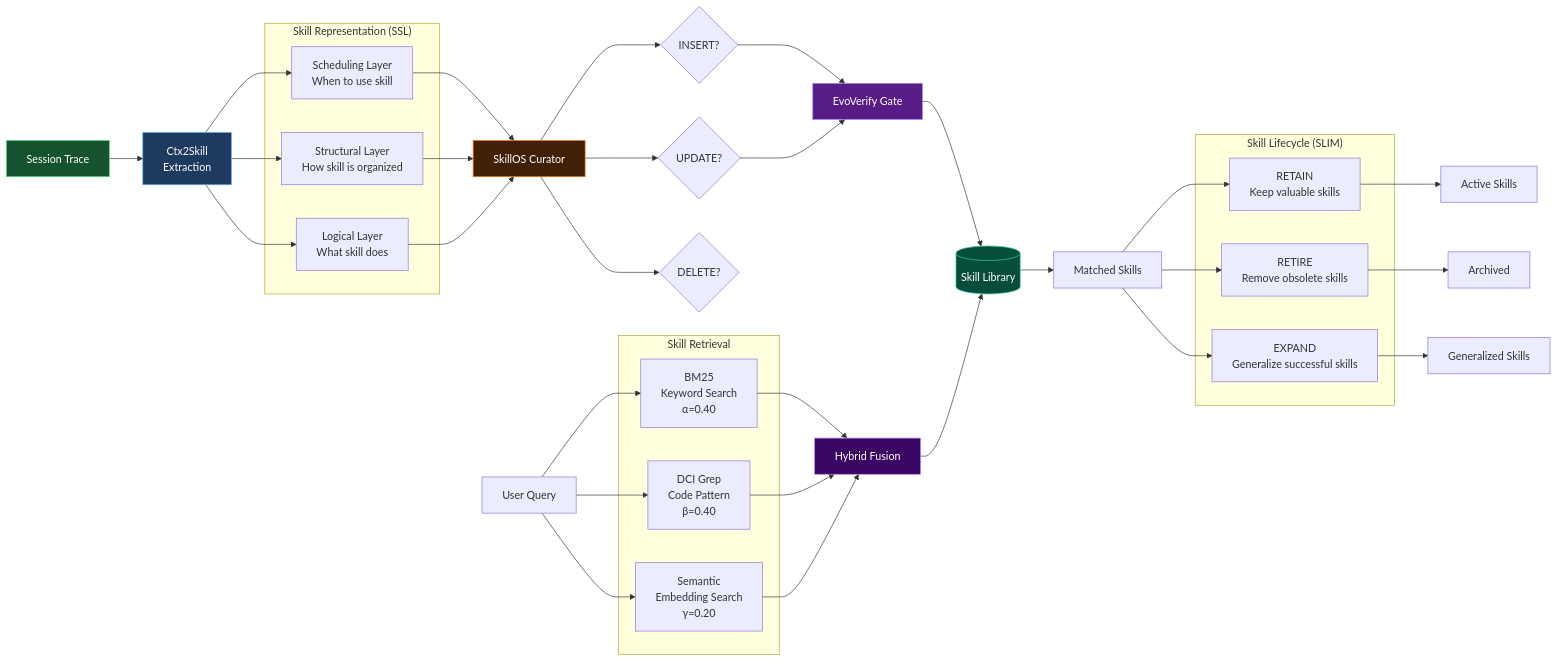
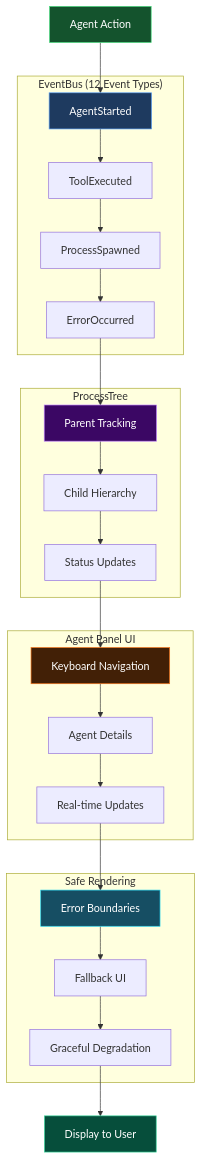
The third of 9 diagrams in docs/ARCHITECTURE_DIAGRAMS.md (ndqkhanh/lyra), drawn with Mermaid before and after one commit. The commit also changed other lines of this file, not shown here.

First line of the commit message:
docs: Update ARCHITECTURE_DIAGRAMS.md with all 5 completed plans

````diff
--- a/docs/ARCHITECTURE_DIAGRAMS.md
+++ b/docs/ARCHITECTURE_DIAGRAMS.md
@@ -58,48 +126,44 @@
 ```mermaid
-graph LR
-    subgraph "Skill Representation (SSL)"
-        S1[Scheduling Layer<br/>When to use skill]
-        S2[Structural Layer<br/>How skill is organized]
-        S3[Logical Layer<br/>What skill does]
+graph TB
+    subgraph "EventBus (12 Event Types)"
+        EB1[AgentStarted]
+        EB2[ToolExecuted]
+        EB3[ProcessSpawned]
+        EB4[ErrorOccurred]
     end
     
-    subgraph "Skill Lifecycle (SLIM)"
-        L1[RETAIN<br/>Keep valuable skills]
-        L2[RETIRE<br/>Remove obsolete skills]
-        L3[EXPAND<br/>Generalize successful skills]
+    subgraph "ProcessTree"
+        PT1[Parent Tracking]
+        PT2[Child Hierarchy]
+        PT3[Status Updates]
     end
     
-    subgraph "Skill Retrieval"
-        R1[BM25<br/>Keyword Search<br/>α=0.40]
-        R2[DCI Grep<br/>Code Pattern<br/>β=0.40]
-        R3[Semantic<br/>Embedding Search<br/>γ=0.20]
+    subgraph "Agent Panel UI"
+        AP1[Keyboard Navigation]
+        AP2[Agent Details]
+        AP3[Real-time Updates]
     end
     
-    TRACE[Session Trace] --> EXTRACT[Ctx2Skill<br/>Extraction]
-    EXTRACT --> S1 & S2 & S3
-    S1 & S2 & S3 --> CURATOR[SkillOS Curator]
-    CURATOR --> INSERT{INSERT?}
-    CURATOR --> UPDATE{UPDATE?}
-    CURATOR --> DELETE{DELETE?}
+    subgraph "Safe Rendering"
+        SR1[Error Boundaries]
+        SR2[Fallback UI]
+        SR3[Graceful Degradation]
+    end
     
-    INSERT --> VERIFY[EvoVerify Gate]
-    UPDATE --> VERIFY
-    VERIFY --> LIBRARY[(Skill Library)]
+    AGENT[Agent Action] --> EB1
+    EB1 --> EB2 --> EB3 --> EB4
+    EB4 --> PT1
+    PT1 --> PT2 --> PT3
+    PT3 --> AP1
+    AP1 --> AP2 --> AP3
+    AP3 --> SR1
+    SR1 --> SR2 --> SR3
+    SR3 --> DISPLAY[Display to User]
     
-    QUERY[User Query] --> R1 & R2 & R3
-    R1 & R2 & R3 --> FUSION[Hybrid Fusion]
-    FUSION --> LIBRARY
-    LIBRARY --> MATCHED[Matched Skills]
-    
-    MATCHED --> L1 & L2 & L3
-    L1 --> ACTIVE[Active Skills]
-    L2 --> ARCHIVE[Archived]
-    L3 --> GENERALIZED[Generalized Skills]
-    
-    style TRACE fill:#14532d,stroke:#4ade80,color:#fff
-    style EXTRACT fill:#1e3a5f,stroke:#60a5fa,color:#fff
-    style CURATOR fill:#422006,stroke:#f97316,color:#fff
-    style VERIFY fill:#581c87,stroke:#a78bfa,color:#fff
-    style LIBRARY fill:#064e3b,stroke:#34d399,color:#fff
-    style FUSION fill:#3b0764,stroke:#c084fc,color:#fff
+    style AGENT fill:#14532d,stroke:#4ade80,color:#fff
+    style EB1 fill:#1e3a5f,stroke:#60a5fa,color:#fff
+    style PT1 fill:#3b0764,stroke:#c084fc,color:#fff
+    style AP1 fill:#422006,stroke:#f97316,color:#fff
+    style SR1 fill:#164e63,stroke:#22d3ee,color:#fff
+    style DISPLAY fill:#064e3b,stroke:#34d399,color:#fff
 ```
````
